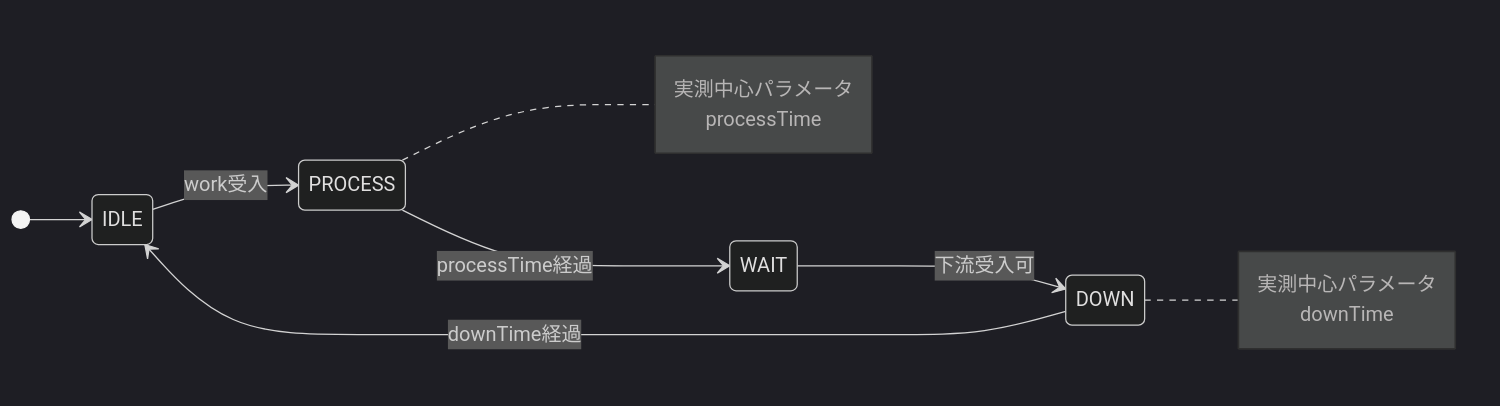
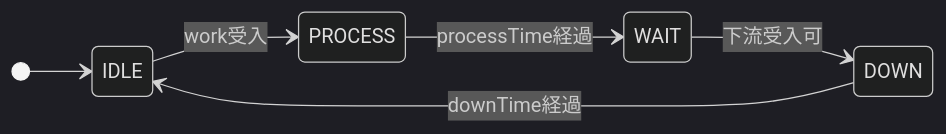
Before and after one commit to suzuking001/fact_sim: the diagram in docs/research.md, drawn with Mermaid (dark theme). The commit also changed other lines of this file and 1 other file, not shown here.

````diff
--- a/docs/research.md
+++ b/docs/research.md
@@ -58,18 +94,9 @@
 ```mermaid
 stateDiagram-v2
   direction LR
   [*] --> IDLE
   IDLE --> PROCESS: work受入
   PROCESS --> WAIT: processTime経過
   WAIT --> DOWN: 下流受入可
   DOWN --> IDLE: downTime経過
-
-  note right of PROCESS
-    実測中心パラメータ
-    processTime
-  end note
-  note right of DOWN
-    実測中心パラメータ
-    downTime
-  end note
 ```
````
